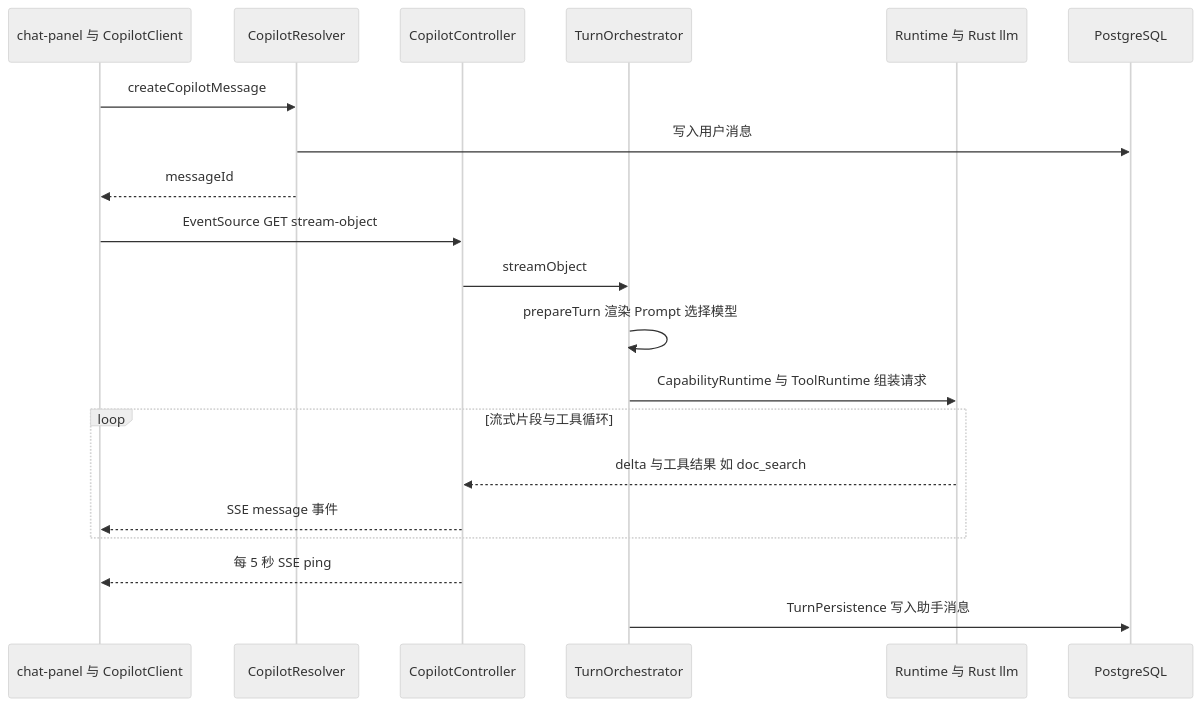
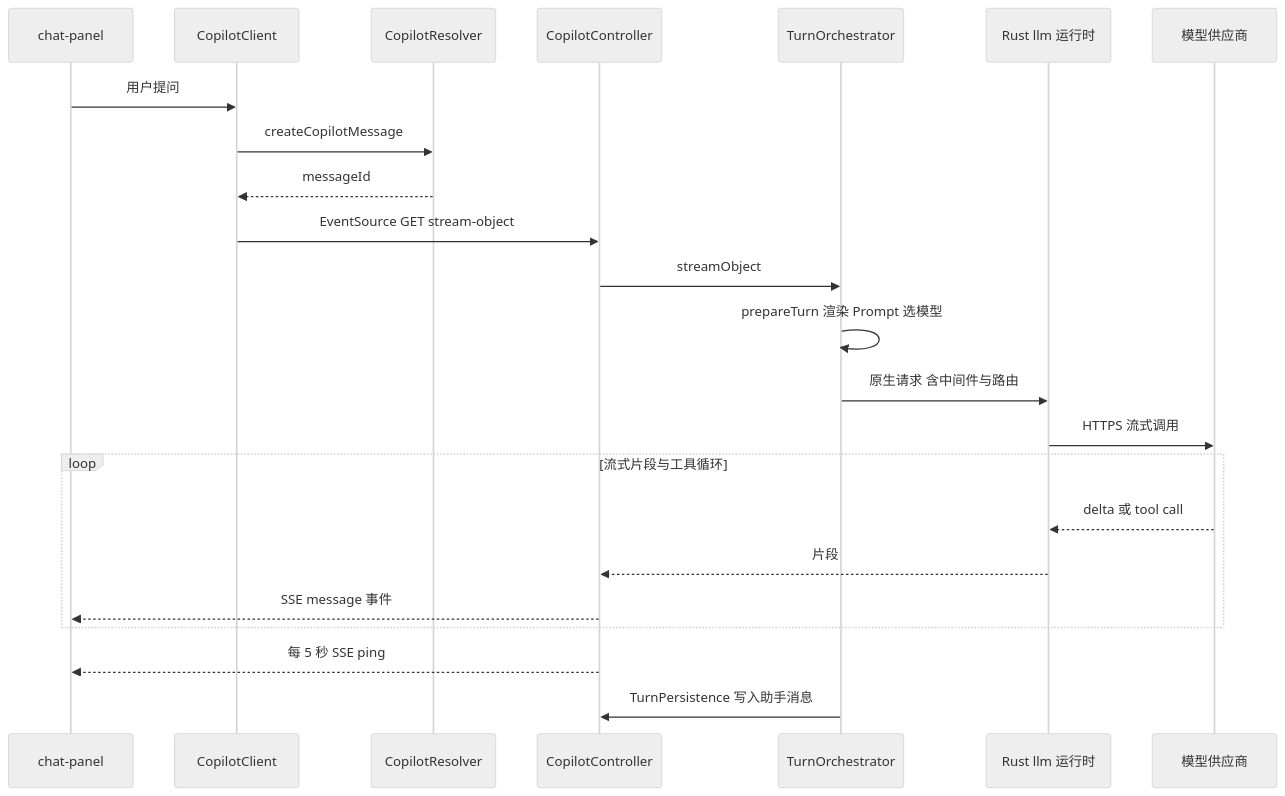
Before and after one commit to lfire/AFFiNE: the third of 5 diagrams in learning-guide/slides/decks/24.md, drawn with Mermaid (neutral theme). The commit also changed other lines of this file and 46 other files, not shown here.

````diff
--- a/learning-guide/slides/decks/24.md
+++ b/learning-guide/slides/decks/24.md
@@ -167,22 +127,25 @@
 ```mermaid
 sequenceDiagram
-    participant UI as chat-panel 与 CopilotClient
-    participant GQL as CopilotResolver
-    participant C as CopilotController
-    participant T as TurnOrchestrator
-    participant N as Runtime 与 Rust llm
-    participant DB as PostgreSQL
-    UI->>GQL: createCopilotMessage
-    GQL->>DB: 写入用户消息
-    GQL-->>UI: messageId
-    UI->>C: EventSource GET stream-object
-    C->>T: streamObject
-    T->>T: prepareTurn 渲染 Prompt 选择模型
-    T->>N: CapabilityRuntime 与 ToolRuntime 组装请求
-    loop 流式片段与工具循环
-        N-->>C: delta 与工具结果 如 doc_search
-        C-->>UI: SSE message 事件
-    end
-    C-->>UI: 每 5 秒 SSE ping
-    T->>DB: TurnPersistence 写入助手消息
+  participant UI as chat-panel
+  participant CC as CopilotClient
+  participant GQL as CopilotResolver
+  participant C as CopilotController
+  participant T as TurnOrchestrator
+  participant N as Rust llm 运行时
+  participant P as 模型供应商
+  UI->>CC: 用户提问
+  CC->>GQL: createCopilotMessage
+  GQL-->>CC: messageId
+  CC->>C: EventSource GET stream-object
+  C->>T: streamObject
+  T->>T: prepareTurn 渲染 Prompt 选模型
+  T->>N: 原生请求 含中间件与路由
+  N->>P: HTTPS 流式调用
+  loop 流式片段与工具循环
+    P-->>N: delta 或 tool call
+    N-->>C: 片段
+    C-->>UI: SSE message 事件
+  end
+  C-->>UI: 每 5 秒 SSE ping
+  T->>C: TurnPersistence 写入助手消息
 ```
````
